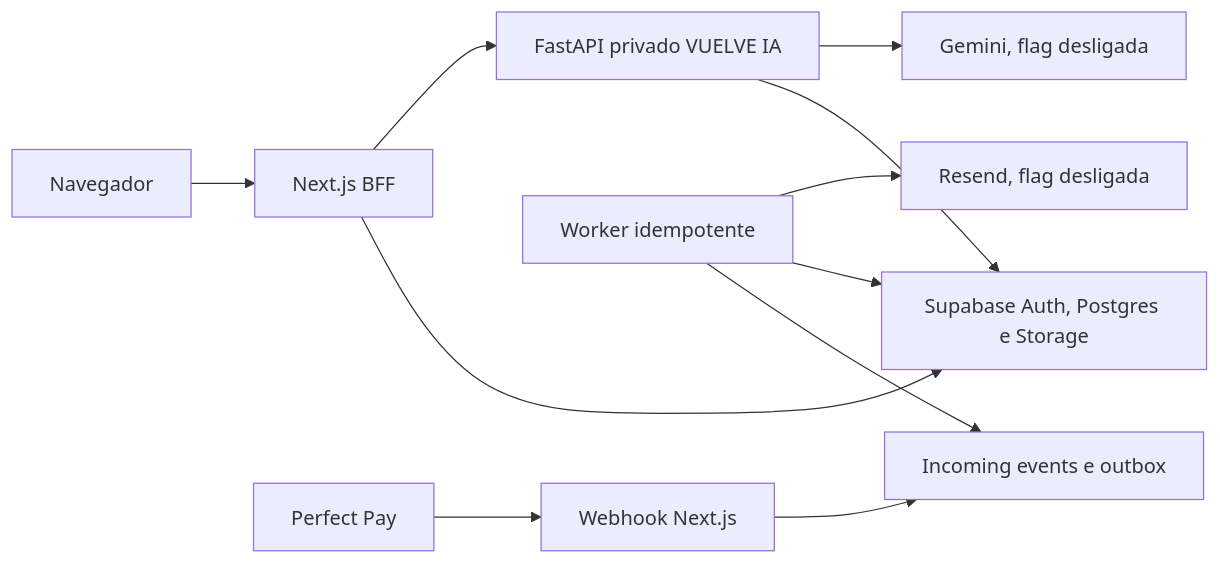
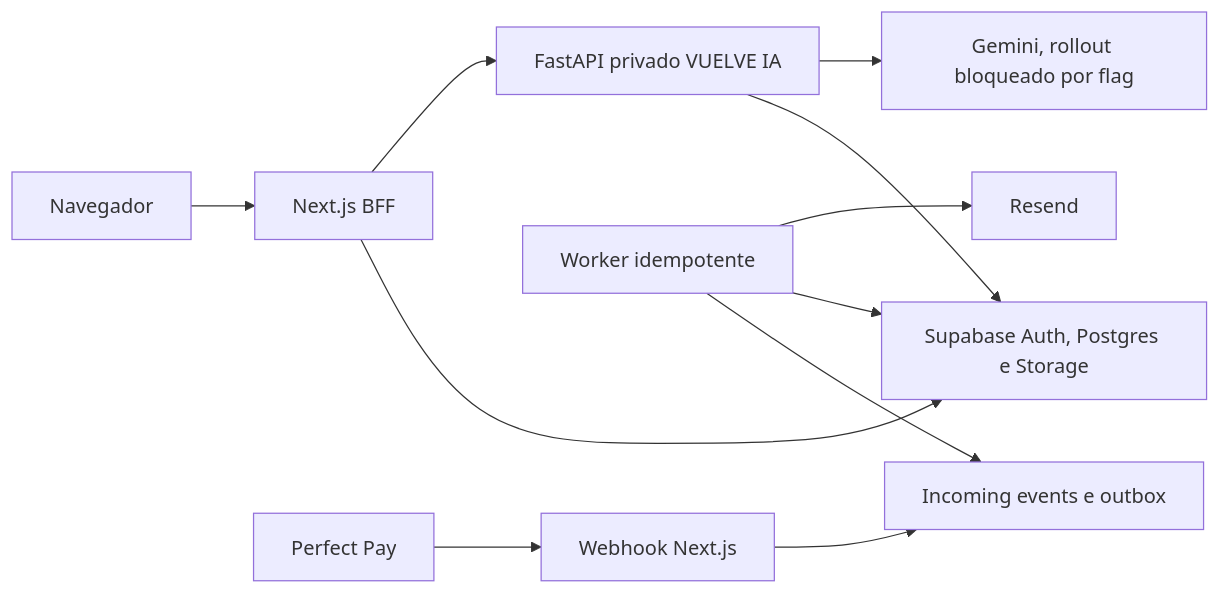
The diagram in docs/BACKEND-IMPLEMENTATION.md (verticalpartnersai-sketch/haz-que-vuelva-lw-dr), drawn with Mermaid before and after one commit. The commit also changed other lines of this file and 28 other files, not shown here.

````diff
--- a/docs/BACKEND-IMPLEMENTATION.md
+++ b/docs/BACKEND-IMPLEMENTATION.md
@@ -60,13 +61,13 @@
 ```mermaid
 flowchart LR
   Browser["Navegador"] --> BFF["Next.js BFF"]
   BFF --> Supabase["Supabase Auth, Postgres e Storage"]
   PerfectPay["Perfect Pay"] --> Webhook["Webhook Next.js"]
   Webhook --> Inbox["Incoming events e outbox"]
   Worker["Worker idempotente"] --> Inbox
   Worker --> Supabase
   BFF --> Agent["FastAPI privado VUELVE IA"]
   Agent --> Supabase
-  Agent --> Gemini["Gemini, flag desligada"]
-  Worker --> Resend["Resend, flag desligada"]
+  Agent --> Gemini["Gemini, rollout bloqueado por flag"]
+  Worker --> Resend["Resend"]
 ```
````
